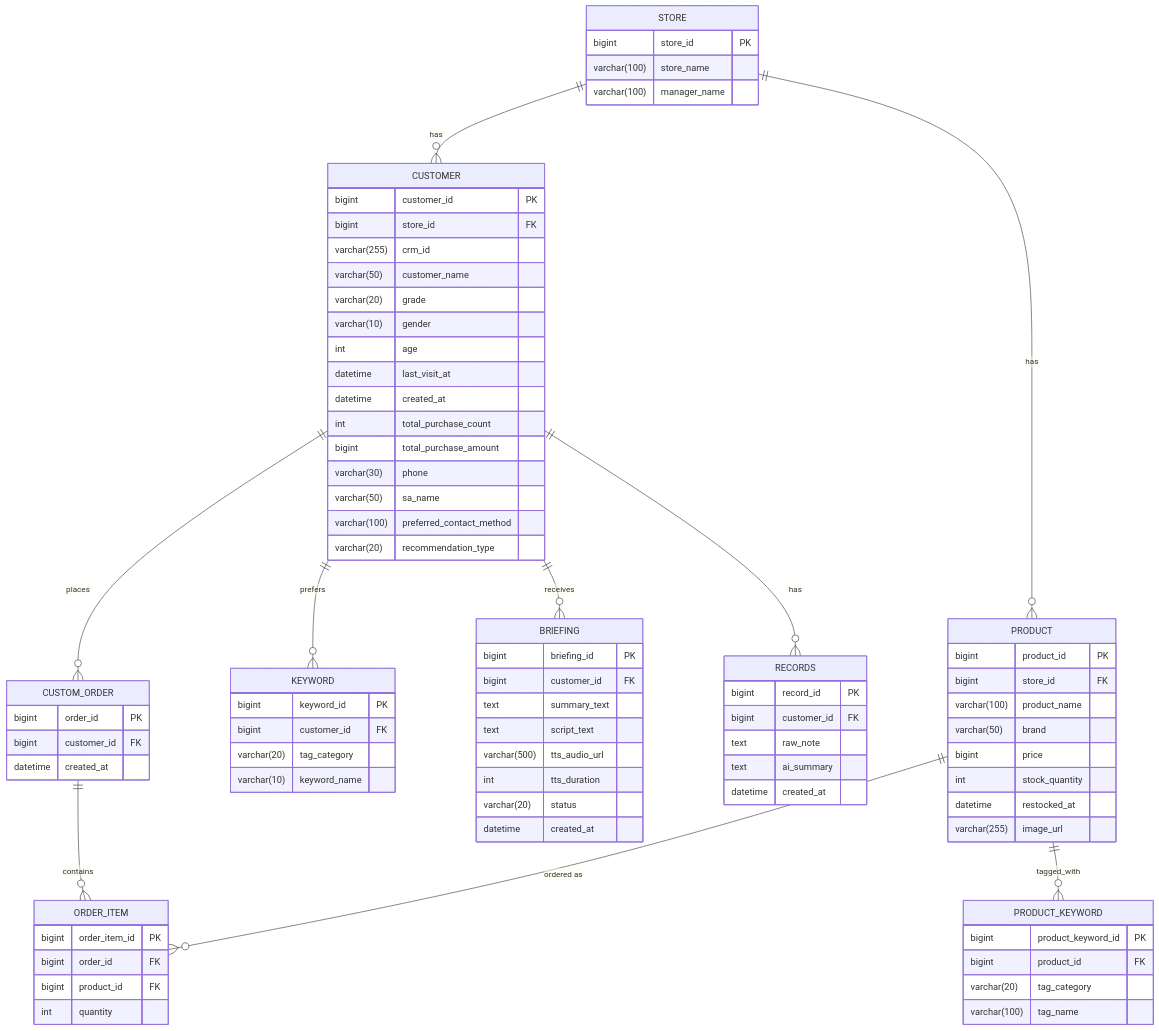
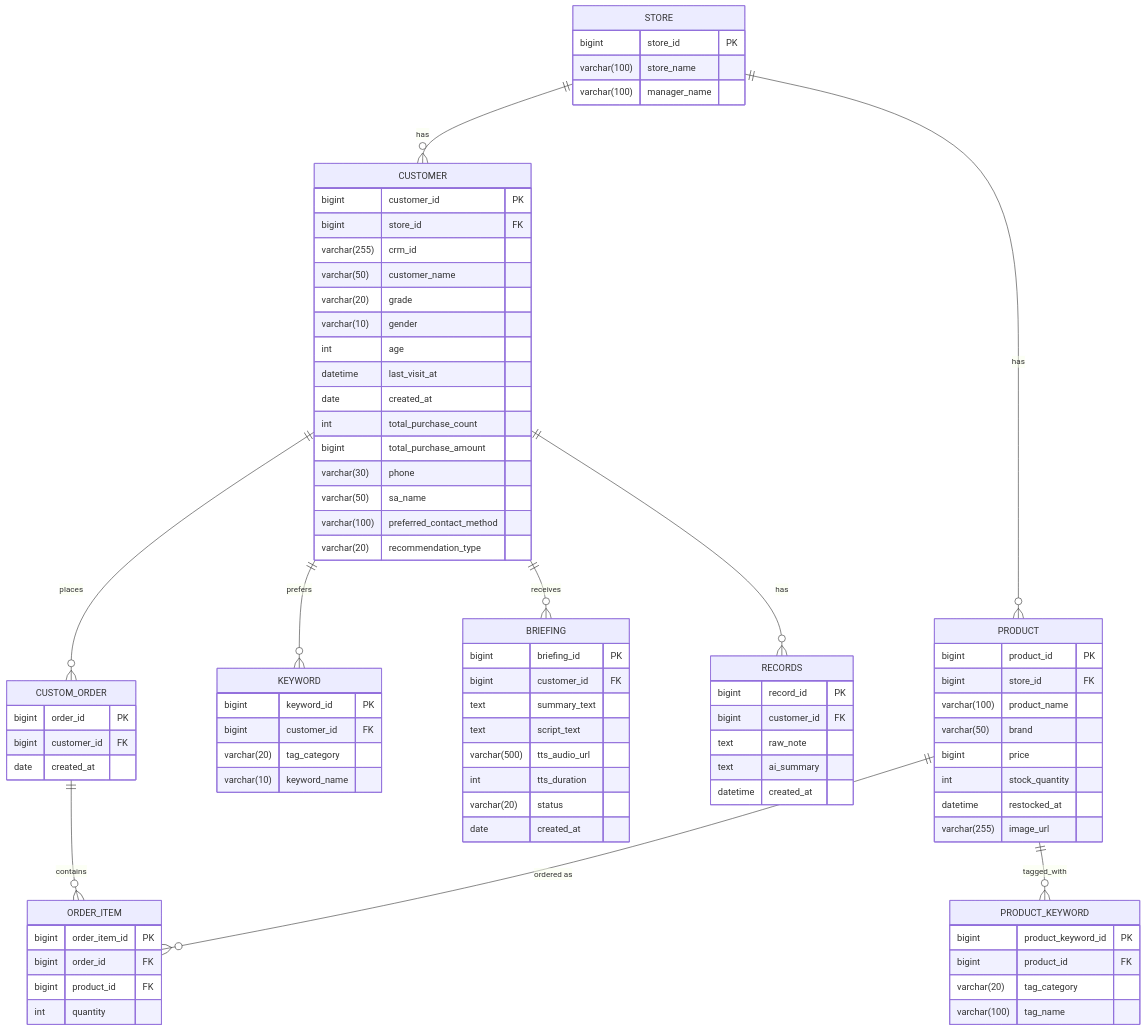
One commit to SupHERnova/Backend changed the diagram in docs/ERD.md. Above: the diagram before and after it, drawn with Mermaid. The commit also changed other lines of this file and 35 other files, not shown here.

First line of the commit message:
feat: STT/TTS 비동기 파이프라인 및 created_at 한국시간(DATE) 저장 수정

```diff
--- a/docs/ERD.md
+++ b/docs/ERD.md
@@ -29,7 +29,7 @@
         varchar(10) gender
         int age
         datetime last_visit_at
-        datetime created_at
+        date created_at
         int total_purchase_count
         bigint total_purchase_amount
         varchar(30) phone
@@ -66,7 +66,7 @@
     CUSTOM_ORDER {
         bigint order_id PK
         bigint customer_id FK
-        datetime created_at
+        date created_at
     }
 
     ORDER_ITEM {
@@ -84,7 +84,7 @@
         varchar(500) tts_audio_url
         int tts_duration
         varchar(20) status
-        datetime created_at
+        date created_at
     }
 
     RECORDS {
```
